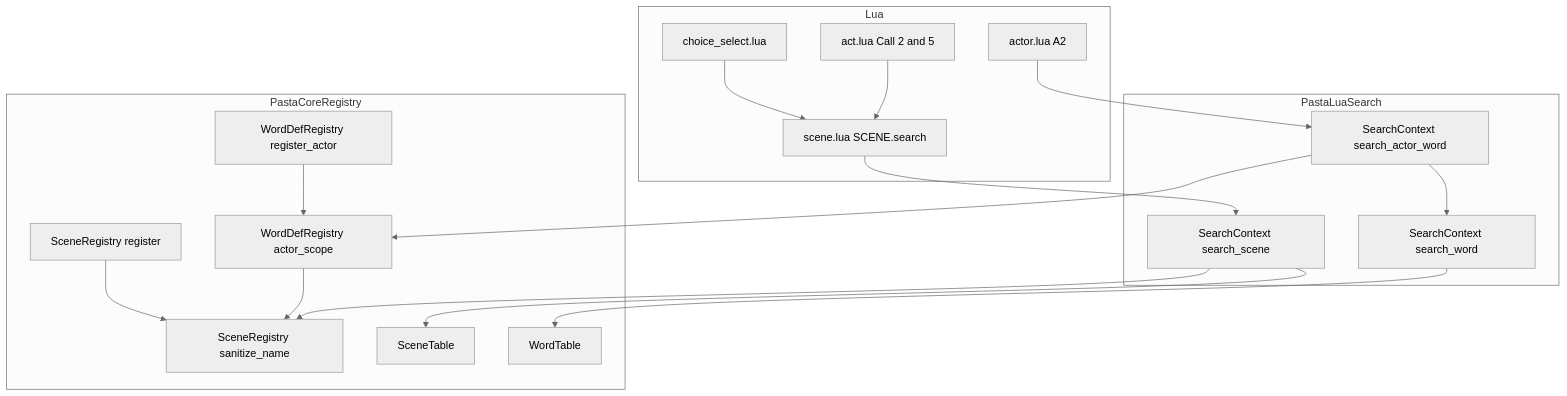
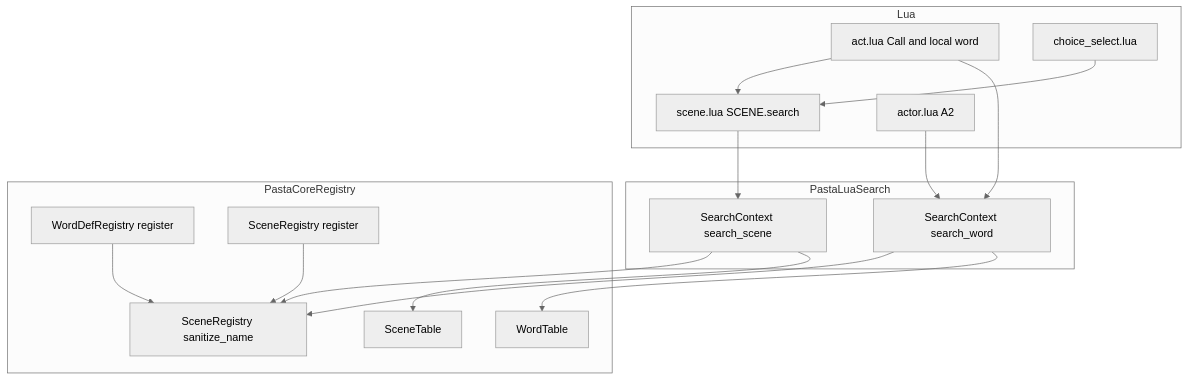
Before and after one commit to ekicyou/pasta: the first of 2 diagrams in .kiro/specs/scene-search-key-normalization/design.md, drawn with Mermaid (neutral theme). The commit also changed other lines of this file and 2 other files, not shown here.

Commit message:
docs(scene-search-key-normalization): resolve design discussion #1 - アクター単語の直し方

````diff
--- a/.kiro/specs/scene-search-key-normalization/design.md
+++ b/.kiro/specs/scene-search-key-normalization/design.md
@@ -74,34 +77,31 @@
 ```mermaid
 graph TB
     subgraph Lua
-        ActLua[act.lua Call 2 and 5]
+        ActLua[act.lua Call and local word]
         SceneLua[scene.lua SCENE.search]
         Choice[choice_select.lua]
         ActorLua[actor.lua A2]
     end
     subgraph PastaLuaSearch
         SearchScene[SearchContext search_scene]
-        SearchActorWord[SearchContext search_actor_word]
         SearchWord[SearchContext search_word]
     end
     subgraph PastaCoreRegistry
         Sanitize[SceneRegistry sanitize_name]
-        ActorScope[WordDefRegistry actor_scope]
-        RegisterActor[WordDefRegistry register_actor]
+        RegisterWord[WordDefRegistry register]
         RegisterScene[SceneRegistry register]
         SceneTable[SceneTable]
         WordTable[WordTable]
     end
     ActLua --> SceneLua
     Choice --> SceneLua
     SceneLua --> SearchScene
-    ActorLua --> SearchActorWord
+    ActLua --> SearchWord
+    ActorLua --> SearchWord
     SearchScene --> Sanitize
     SearchScene --> SceneTable
-    SearchActorWord --> ActorScope
-    SearchActorWord --> SearchWord
+    SearchWord --> Sanitize
     SearchWord --> WordTable
-    ActorScope --> Sanitize
-    RegisterActor --> ActorScope
+    RegisterWord --> Sanitize
     RegisterScene --> Sanitize
 ```
````
